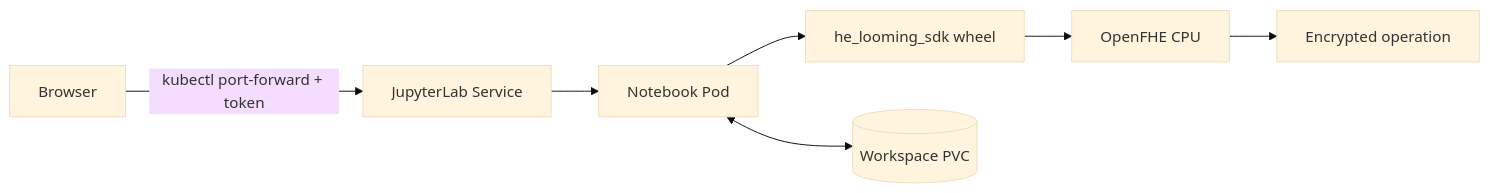
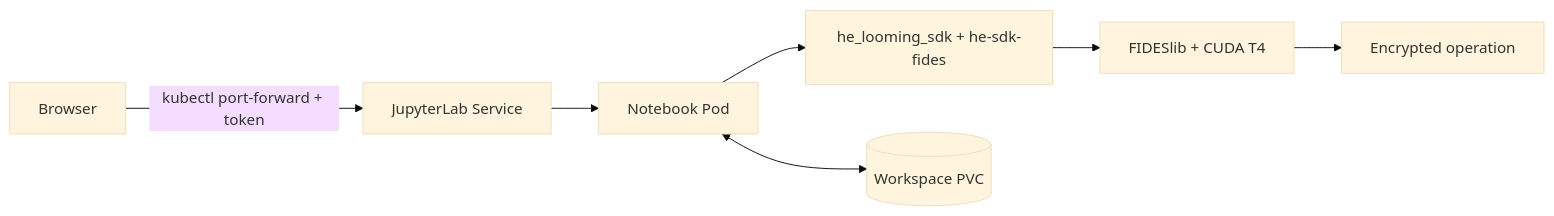
The diagram in docs/he-notebook-playground.md (Nhatcao1/k3s-demo-gitops), drawn with Mermaid (base theme) before and after one commit. The commit also changed other lines of this file and 7 other files, not shown here.

````diff
--- a/docs/he-notebook-playground.md
+++ b/docs/he-notebook-playground.md
@@ -8,9 +8,9 @@
 ```mermaid
 flowchart LR
     A[Browser] -->|kubectl port-forward + token| B[JupyterLab Service]
     B --> C[Notebook Pod]
-    C --> D[he_looming_sdk wheel]
-    D --> E[OpenFHE CPU]
+    C --> D[he_looming_sdk + he-sdk-fides]
+    D --> E[FIDESlib + CUDA T4]
     E --> F[Encrypted operation]
     C <--> G[(Workspace PVC)]
 ```
````
